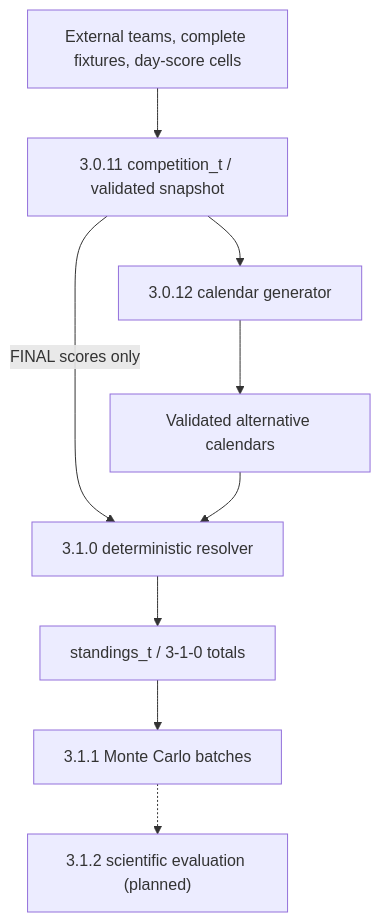
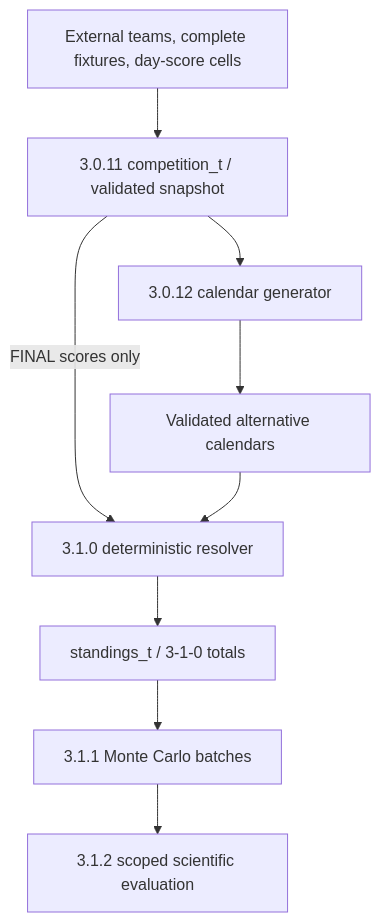
One commit to AlessVolpe/CentralRankingDogma changed the diagram in docs/architecture/data-flow.md. Above: the diagram before and after it, drawn with Mermaid. The commit also changed other lines of this file and 39 other files, not shown here.

````diff
--- a/docs/architecture/data-flow.md
+++ b/docs/architecture/data-flow.md
@@ -3,11 +3,11 @@
 ```mermaid
 flowchart TD
     INPUT["External teams, complete fixtures, day-score cells"] --> SNAP["3.0.11 competition_t / validated snapshot"]
     SNAP --> GENERATOR["3.0.12 calendar generator"]
     GENERATOR --> VALID["Validated alternative calendars"]
     SNAP -->|FINAL scores only| RESOLVE["3.1.0 deterministic resolver"]
     VALID --> RESOLVE
     RESOLVE --> STAND["standings_t / 3-1-0 totals"]
     STAND --> MONTE["3.1.1 Monte Carlo batches"]
-    MONTE -.-> EVAL["3.1.2 scientific evaluation (planned)"]
+    MONTE --> EVAL["3.1.2 scoped scientific evaluation"]
 ```
````
